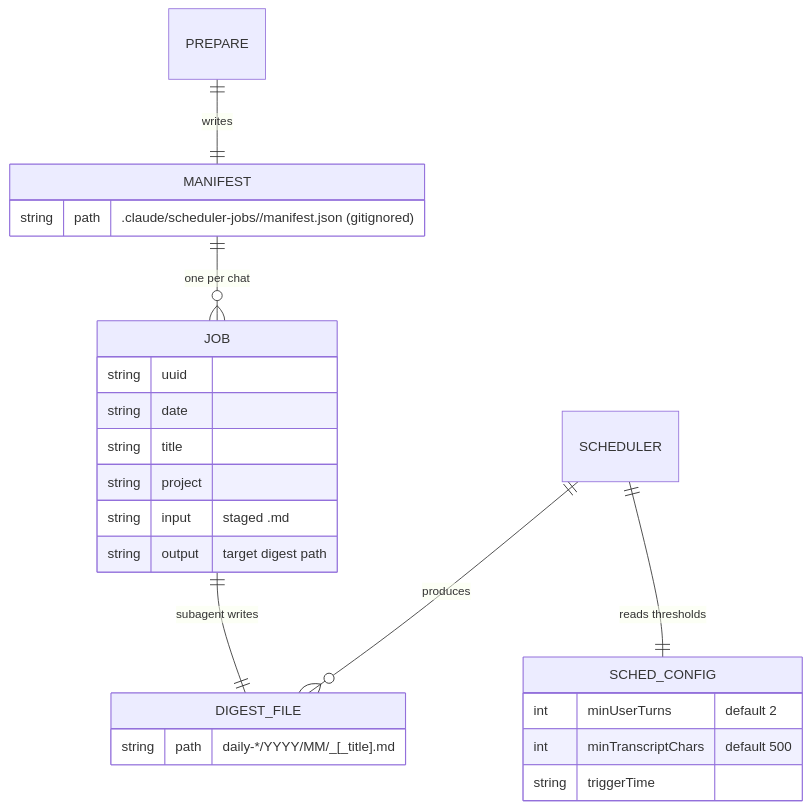
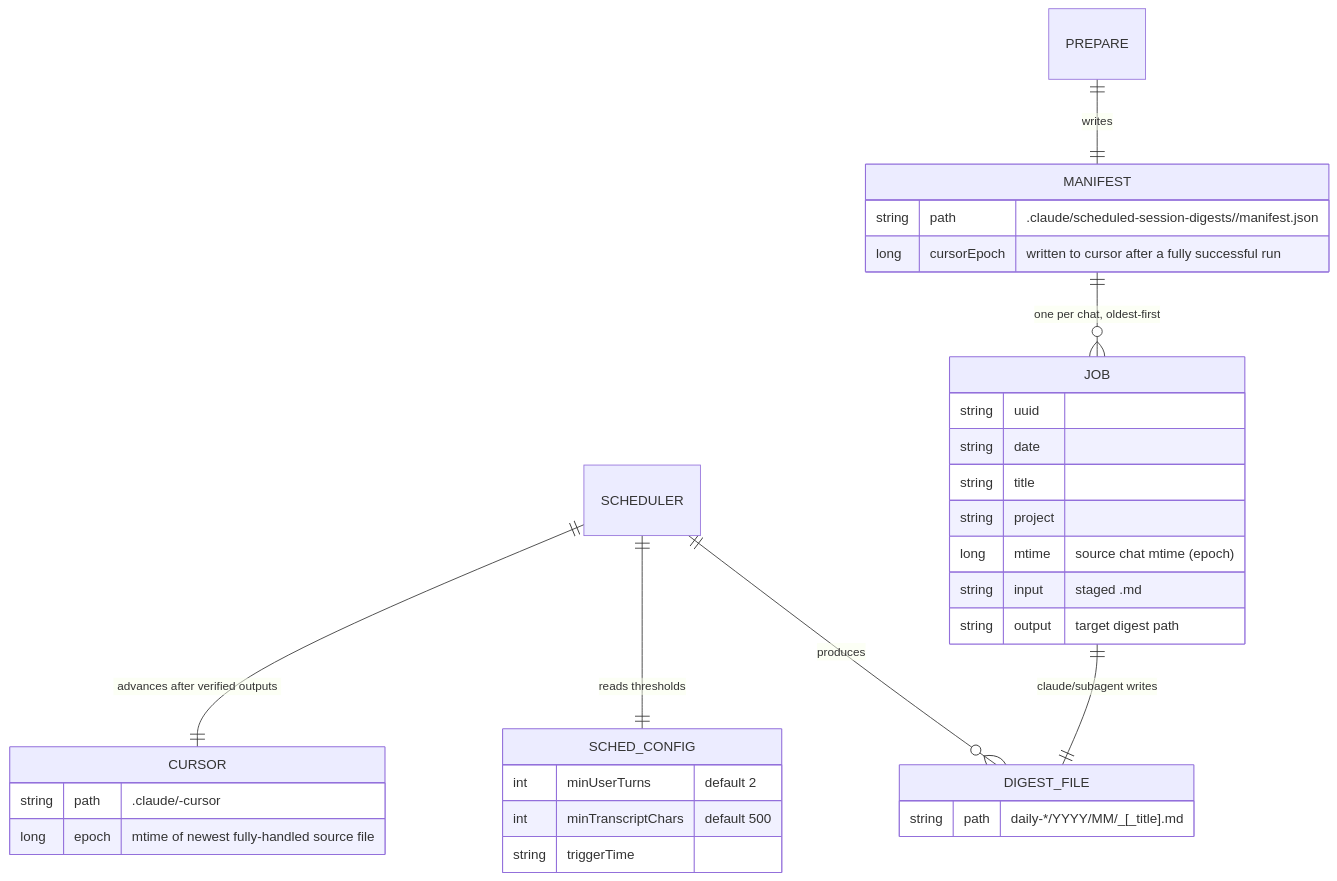
Before and after one commit to cheneeheng/claude-code-command-center: the fourth of 4 diagrams in .agents_workspace/architecture/tools/scheduled-session-digests/ARCHITECTURE.md, drawn with Mermaid. The commit also changed other lines of this file and 39 other files, not shown here.

````diff
--- a/.agents_workspace/architecture/tools/scheduled-session-digests/ARCHITECTURE.md
+++ b/.agents_workspace/architecture/tools/scheduled-session-digests/ARCHITECTURE.md
@@ -93,28 +95,35 @@
 ```mermaid
 erDiagram
     SCHEDULER ||--o{ DIGEST_FILE : "produces"
     SCHEDULER ||--|| SCHED_CONFIG : "reads thresholds"
+    SCHEDULER ||--|| CURSOR : "advances after verified outputs"
     PREPARE ||--|| MANIFEST : "writes"
-    MANIFEST ||--o{ JOB : "one per chat"
-    JOB ||--|| DIGEST_FILE : "subagent writes"
+    MANIFEST ||--o{ JOB : "one per chat, oldest-first"
+    JOB ||--|| DIGEST_FILE : "claude/subagent writes"
 
     SCHED_CONFIG {
         int minUserTurns "default 2"
         int minTranscriptChars "default 500"
         string triggerTime
     }
+    CURSOR {
+        string path ".claude/<scheduler>-cursor"
+        long epoch "mtime of newest fully-handled source file"
+    }
     MANIFEST {
-        string path ".claude/scheduler-jobs/<name>/manifest.json (gitignored)"
+        string path ".claude/scheduled-session-digests/<scheduler>/manifest.json"
+        long cursorEpoch "written to cursor after a fully successful run"
     }
     JOB {
         string uuid
         string date
         string title
         string project
+        long mtime "source chat mtime (epoch)"
         string input "staged <uuid>.md"
         string output "target digest path"
     }
     DIGEST_FILE {
         string path "daily-*/YYYY/MM/<date>_<uuid>[_title].md"
     }
 ```
````
